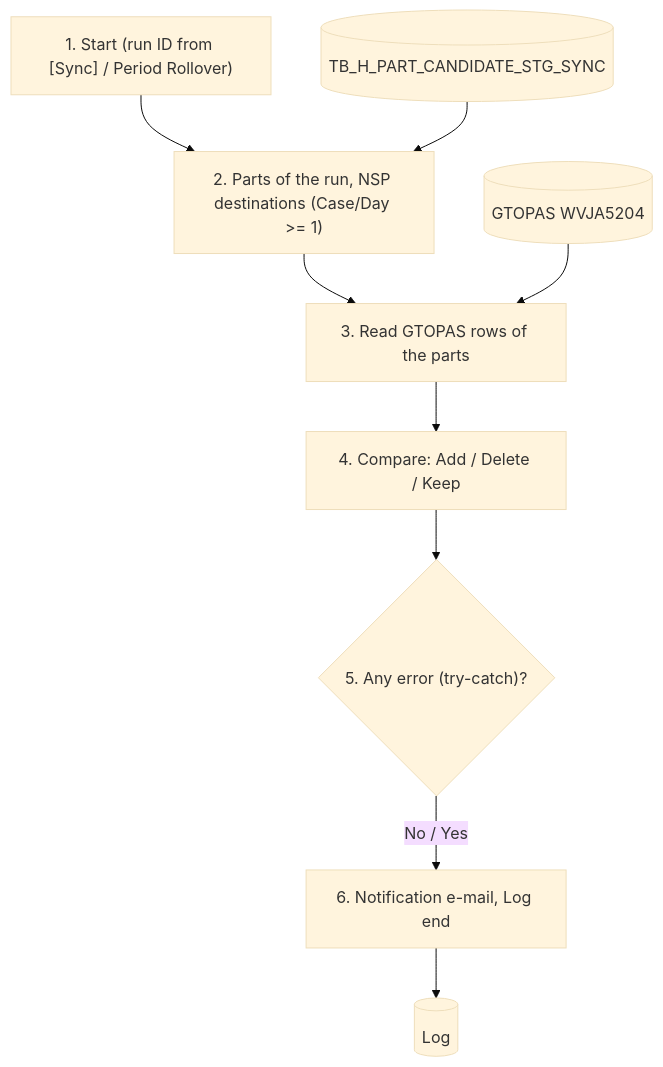
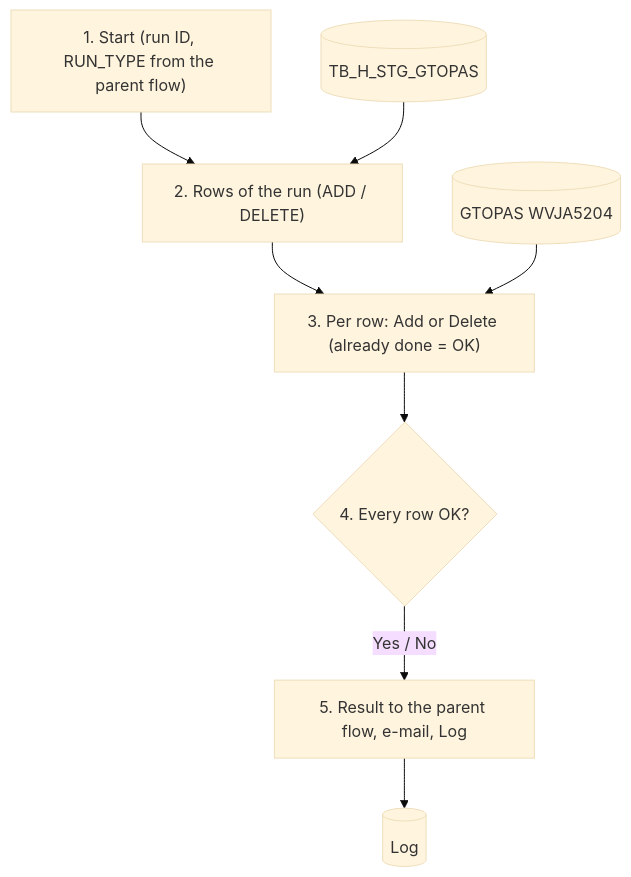
Before and after one commit to ivanrayhannn/crossdockpoc: the diagram in prepare_code/uiss/XD06_Batch_IFCrossDockMasterToGTOPAS.md, drawn with Mermaid (base theme). The commit also changed other lines of this file and 63 other files, not shown here.

First line of the commit message:
UISS XD01-XD03, XD05-XD07: staging per target, Period, RPA parent flow

````diff
--- a/prepare_code/uiss/XD06_Batch_IFCrossDockMasterToGTOPAS.md
+++ b/prepare_code/uiss/XD06_Batch_IFCrossDockMasterToGTOPAS.md
@@ -103,20 +78,18 @@
 ```mermaid
 flowchart TB
-  p1["1. Start (run ID from [Sync] / Period Rollover)"]
-  src[("TB_H_PART_CANDIDATE_STG_SYNC")]
-  p2["2. Parts of the run, NSP destinations (Case/Day >= 1)"]
+  p1["1. Start (run ID, RUN_TYPE from the parent flow)"]
+  src[("TB_H_STG_GTOPAS")]
+  p2["2. Rows of the run (ADD / DELETE)"]
   gi[("GTOPAS WVJA5204")]
-  p3["3. Read GTOPAS rows of the parts"]
-  p4["4. Compare: Add / Delete / Keep"]
-  d{"5. Any error (try-catch)?"}
-  p6["6. Notification e-mail, Log end"]
+  p3["3. Per row: Add or Delete (already done = OK)"]
+  d{"4. Every row OK?"}
+  p5["5. Result to the parent flow, e-mail, Log"]
   log[("Log")]
   p1 --> p2
   src --> p2
   p2 --> p3
   gi --> p3
-  p3 --> p4
-  p4 --> d
-  d -->|No / Yes| p6
-  p6 --> log
+  p3 --> d
+  d -->|Yes / No| p5
+  p5 --> log
 ```
````
